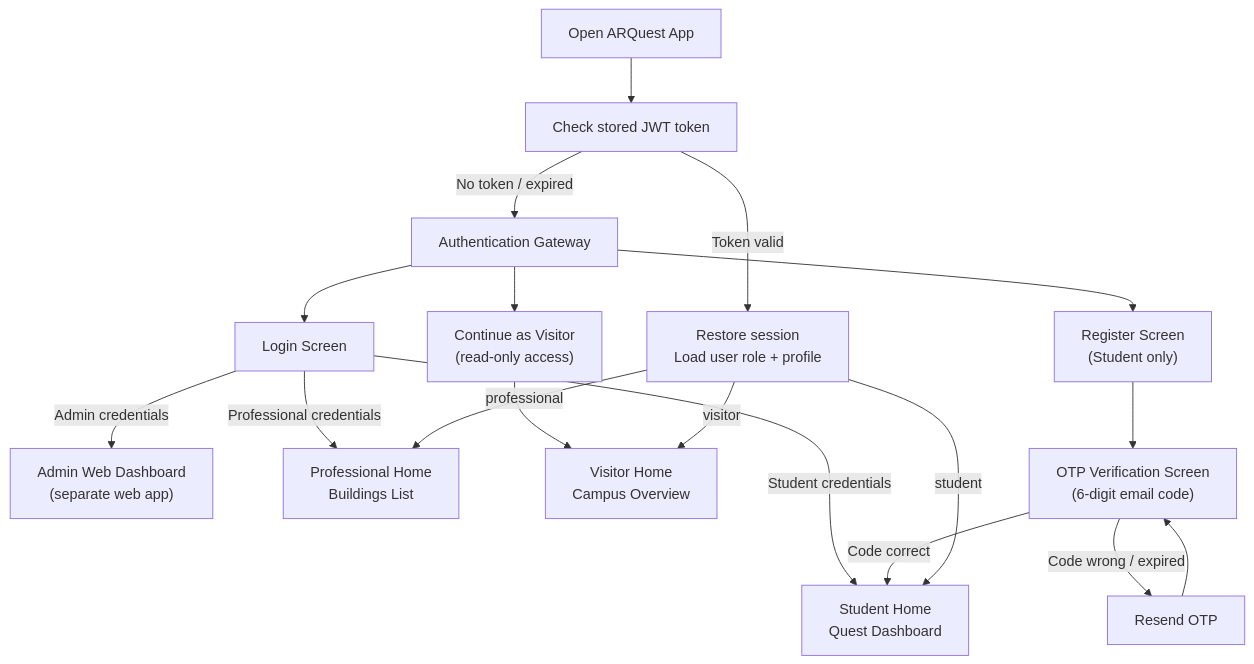
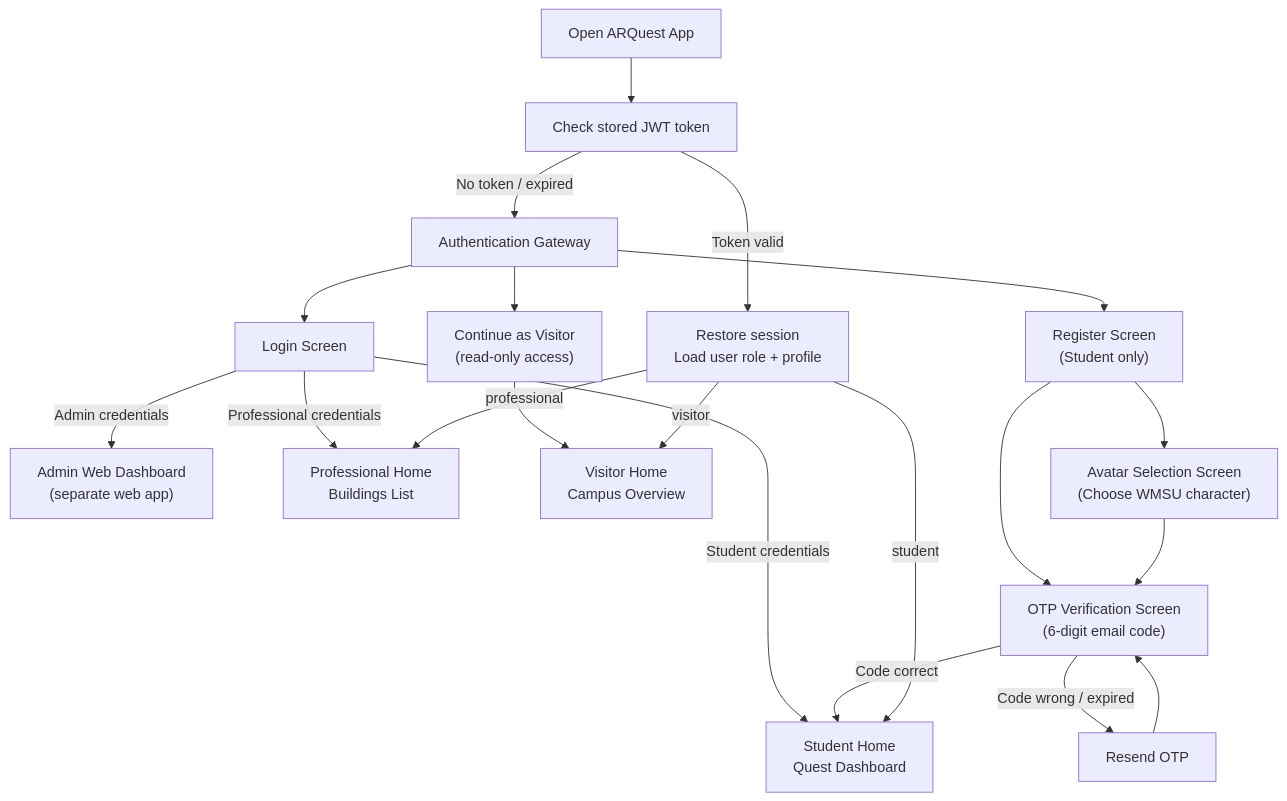
One commit to Cipher-Syntax/ARQuest changed the first of 11 diagrams in user-flow.md. Above: the diagram before and after it, drawn with Mermaid. The commit also changed 7 other files, not shown here.

Commit message:
docs: update system architecture, ERD, user flows, and context diagrams with recent gamification and avatar features

````diff
--- a/user-flow.md
+++ b/user-flow.md
@@ -12,28 +12,30 @@
 ```mermaid
 flowchart TD
     OPEN["Open ARQuest App"]
     CHECK["Check stored JWT token"]
 
     OPEN --> CHECK
 
     CHECK -->|"Token valid"| RESTORE["Restore session\nLoad user role + profile"]
     CHECK -->|"No token / expired"| GATE["Authentication Gateway"]
 
     GATE --> LOGIN["Login Screen"]
     GATE --> REGISTER["Register Screen\n(Student only)"]
     GATE --> VISITOR["Continue as Visitor\n(read-only access)"]
 
     LOGIN -->|"Admin credentials"| ADMIN_HOME["Admin Web Dashboard\n(separate web app)"]
     LOGIN -->|"Student credentials"| STUDENT_HOME["Student Home\nQuest Dashboard"]
     LOGIN -->|"Professional credentials"| PROF_HOME["Professional Home\nBuildings List"]
     VISITOR --> VISITOR_HOME["Visitor Home\nCampus Overview"]
 
     REGISTER --> OTP["OTP Verification Screen\n(6-digit email code)"]
+    REGISTER --> AVATAR["Avatar Selection Screen\n(Choose WMSU character)"]
+    AVATAR --> OTP
     OTP -->|"Code correct"| STUDENT_HOME
     OTP -->|"Code wrong / expired"| RESEND["Resend OTP"]
     RESEND --> OTP
 
     RESTORE -->|"student"| STUDENT_HOME
     RESTORE -->|"professional"| PROF_HOME
     RESTORE -->|"visitor"| VISITOR_HOME
 ```
````
